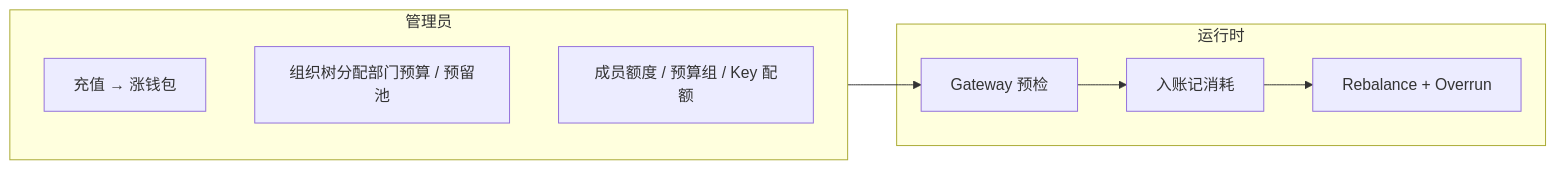
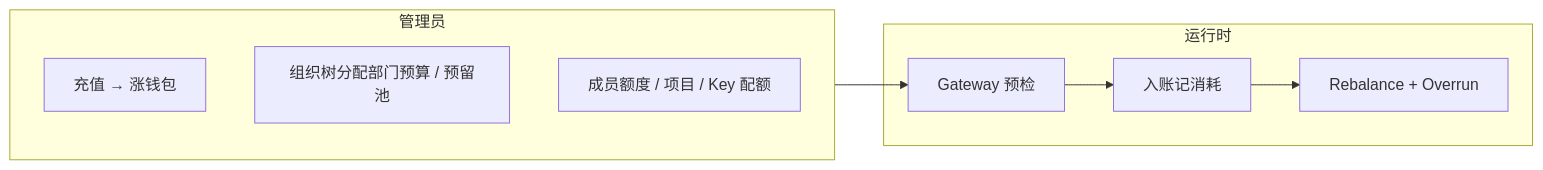
The first of 10 diagrams in docs/Backend-预算.md (quyip8818/mytokenjoy), drawn with Mermaid before and after one commit. The commit also changed other lines of this file and 175 other files, not shown here.

````diff
--- a/docs/Backend-预算.md
+++ b/docs/Backend-预算.md
@@ -29,16 +29,16 @@
 ```mermaid
 flowchart LR
   subgraph admin [管理员]
     A1[充值 → 涨钱包]
     A2[组织树分配部门预算 / 预留池]
-    A3[成员额度 / 预算组 / Key 配额]
+    A3[成员额度 / 项目 / Key 配额]
   end
 
   subgraph runtime [运行时]
     R1[Gateway 预检]
     R2[入账记消耗]
     R3[Rebalance + Overrun]
   end
 
   admin --> R1 --> R2 --> R3
 ```
````
